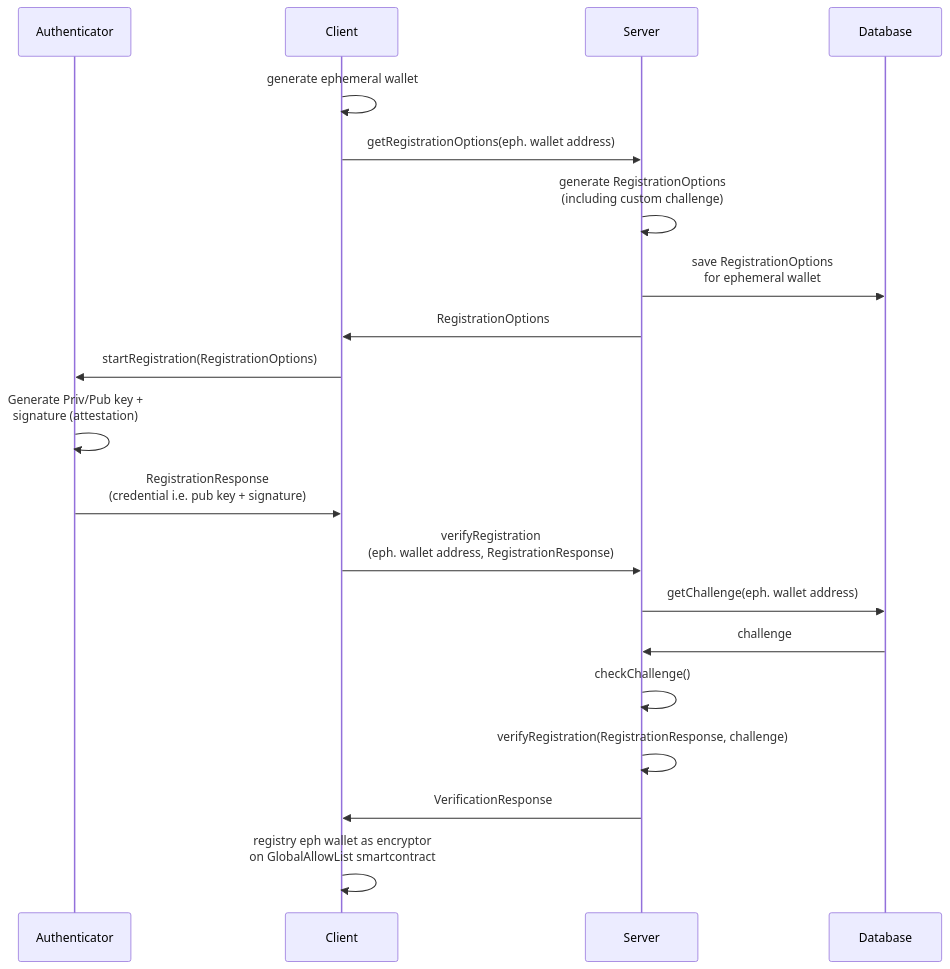
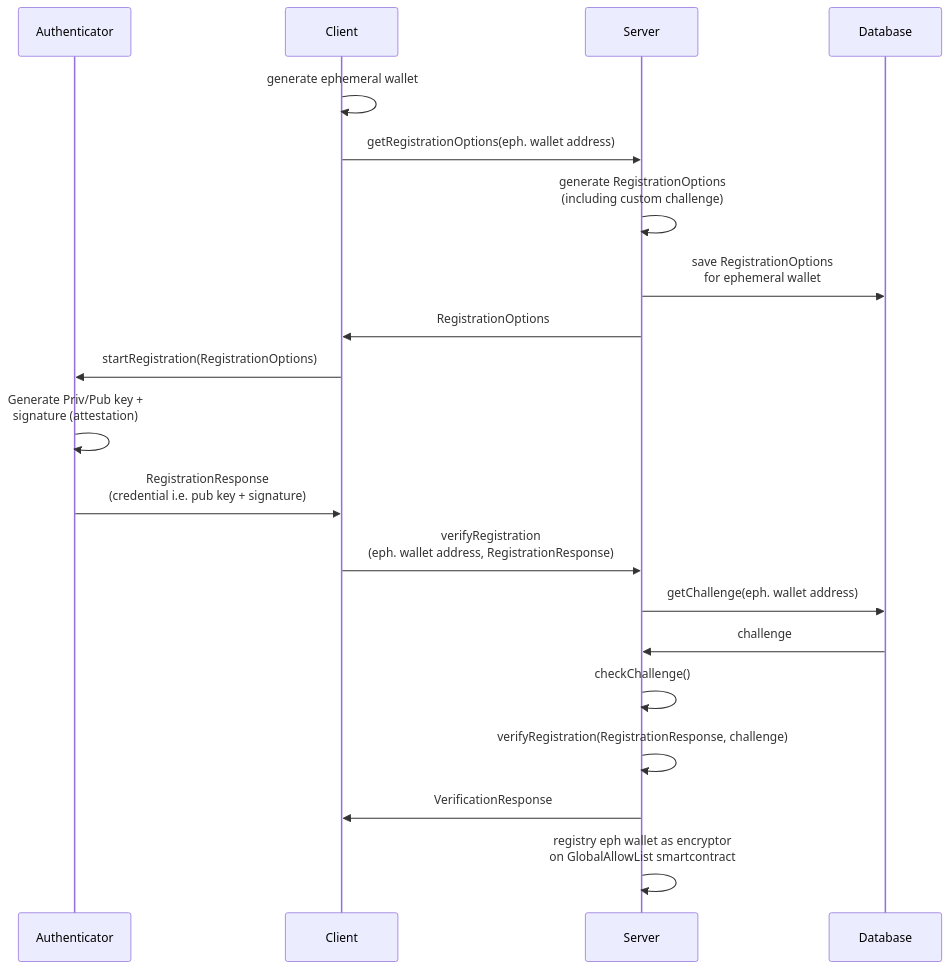
Before and after one commit to manumonti/passkeys-taco-poc: the diagram in README.md, drawn with Mermaid. The commit also changed other lines of this file and 1 other file, not shown here.

````diff
--- a/README.md
+++ b/README.md
@@ -33,22 +33,22 @@
 ```mermaid
 sequenceDiagram
     participant Authenticator
     participant Client
     participant Server
     participant Database
     Client->>Client: generate ephemeral wallet
     Client->>Server: getRegistrationOptions(eph. wallet address)
     Server->>Server: generate RegistrationOptions<br/>(including custom challenge)
     Server->>Database: save RegistrationOptions<br/>for ephemeral wallet
     Server->>Client: RegistrationOptions
     Client->>Authenticator: startRegistration(RegistrationOptions)
     Authenticator->>Authenticator: Generate Priv/Pub key +<br/>signature (attestation)
     Authenticator->>Client: RegistrationResponse<br/>(credential i.e. pub key + signature)
     Client->>Server: verifyRegistration<br/>(eph. wallet address, RegistrationResponse)
     Server->>Database: getChallenge(eph. wallet address)
     Database->>Server: challenge
     Server->>Server: checkChallenge()
     Server->>Server: verifyRegistration(RegistrationResponse, challenge)
     Server->>Client: VerificationResponse
-    Client->>Client: registry eph wallet as encryptor<br/>on GlobalAllowList smartcontract
+    Server->>Server: registry eph wallet as encryptor<br/>on GlobalAllowList smartcontract
 ```
````
